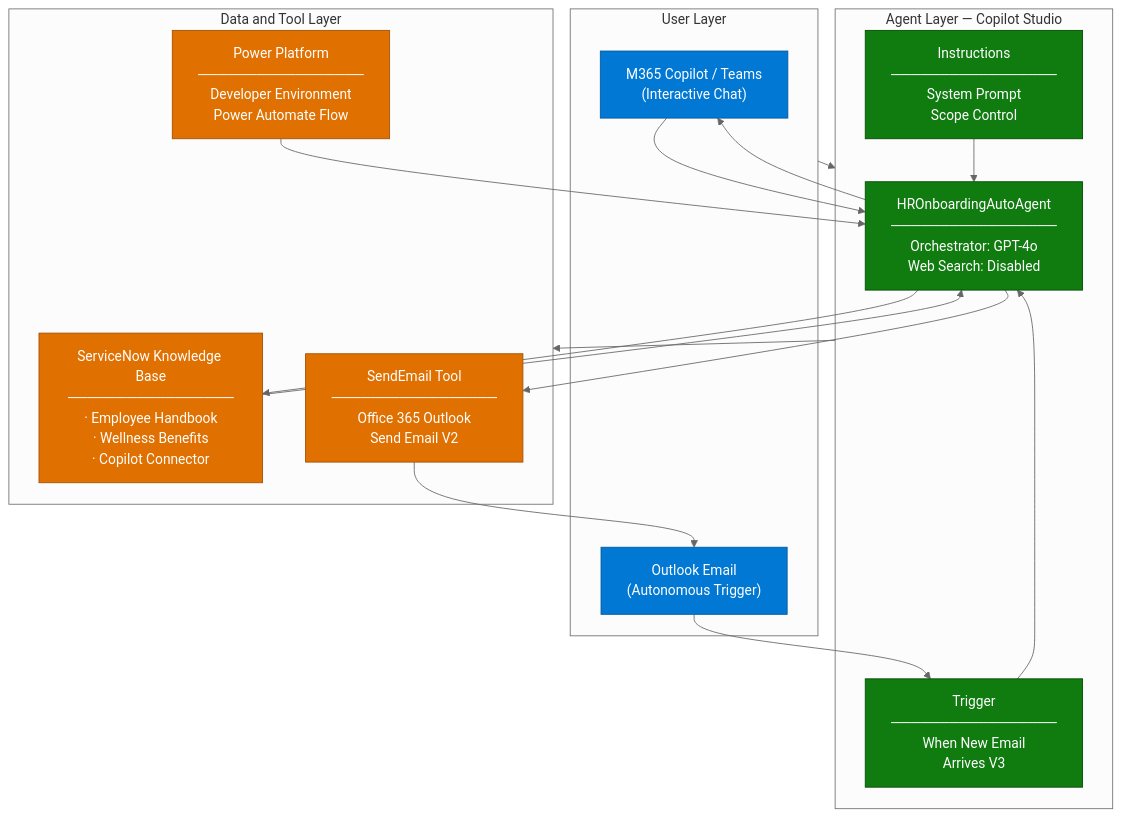
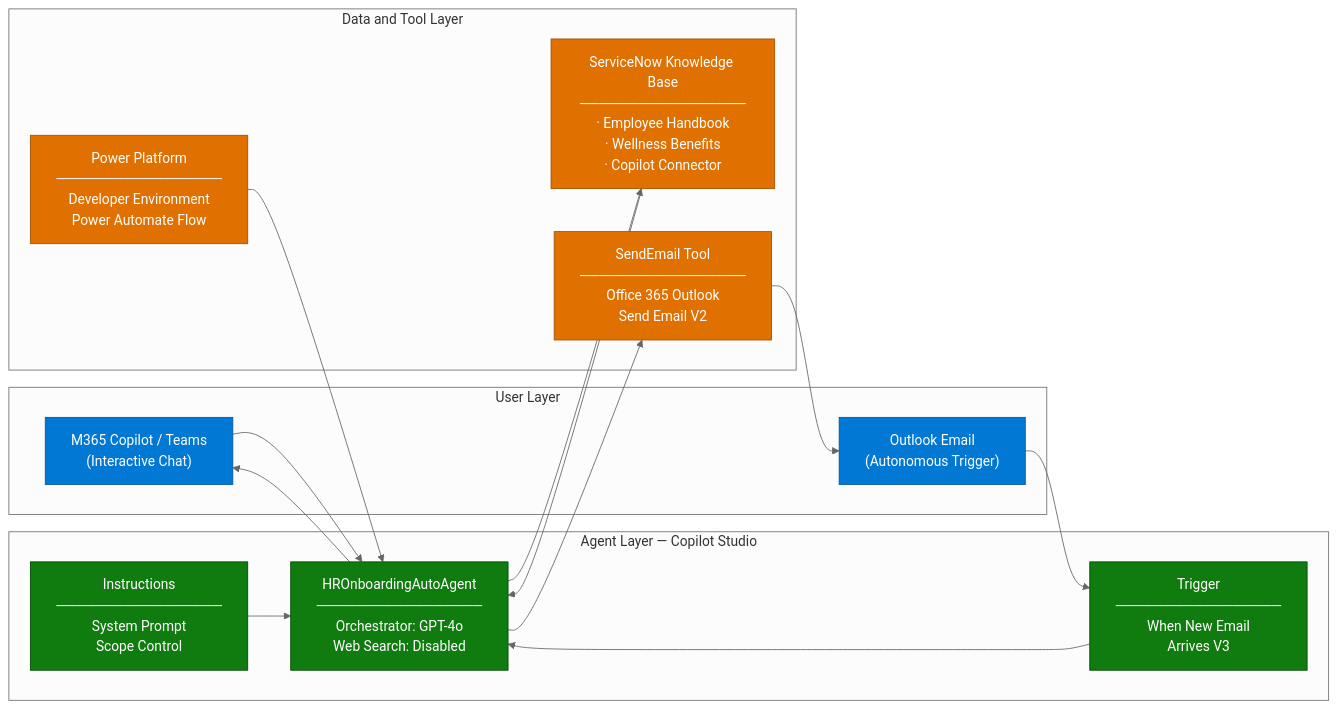
One commit to Seungjin-Ryu/Cloud-Accelerate-Factory-for-Agents-Runbooks changed the first of 3 diagrams in 02-scenarios/HR-Onboarding-Agent/2. Architecture.md. Above: the diagram before and after it, drawn with Mermaid (neutral theme).

Commit message:
Update 2. Architecture.md

````diff
--- a/02-scenarios/HR-Onboarding-Agent/2. Architecture.md
+++ b/02-scenarios/HR-Onboarding-Agent/2. Architecture.md
@@ -11,42 +11,39 @@
 ```mermaid
-flowchart TD
+flowchart LR
     subgraph USER["User Layer"]
         U1["M365 Copilot / Teams<br/>(Interactive Chat)"]
         U2["Outlook Email<br/>(Autonomous Trigger)"]
     end
 
     subgraph AGENT["Agent Layer — Copilot Studio"]
         AG["HROnboardingAutoAgent<br/>─────────────────<br/>Orchestrator: GPT-4o<br/>Web Search: Disabled"]
         TR["Trigger<br/>─────────────────<br/>When New Email<br/>Arrives V3"]
         IN["Instructions<br/>─────────────────<br/>System Prompt<br/>Scope Control"]
     end
 
     subgraph DATA["Data and Tool Layer"]
         KB["ServiceNow Knowledge Base<br/>─────────────────<br/>· Employee Handbook<br/>· Wellness Benefits<br/>· Copilot Connector"]
         TL["SendEmail Tool<br/>─────────────────<br/>Office 365 Outlook<br/>Send Email V2"]
         PP["Power Platform<br/>─────────────────<br/>Developer Environment<br/>Power Automate Flow"]
     end
-
-    USER --> AGENT
-    AGENT --> DATA
 
     U1 --> AG
     U2 --> TR
     TR --> AG
     AG --> KB
     KB --> AG
     AG --> TL
     TL --> U2
     AG --> U1
     IN --> AG
     PP --> AG
 
     style U1 fill:#0078D4,color:#fff,stroke:#005A9E
     style U2 fill:#0078D4,color:#fff,stroke:#005A9E
     style AG fill:#107C10,color:#fff,stroke:#004B00
     style TR fill:#107C10,color:#fff,stroke:#004B00
     style IN fill:#107C10,color:#fff,stroke:#004B00
     style KB fill:#E07000,color:#fff,stroke:#A05000
     style TL fill:#E07000,color:#fff,stroke:#A05000
     style PP fill:#E07000,color:#fff,stroke:#A05000
 ```
````
